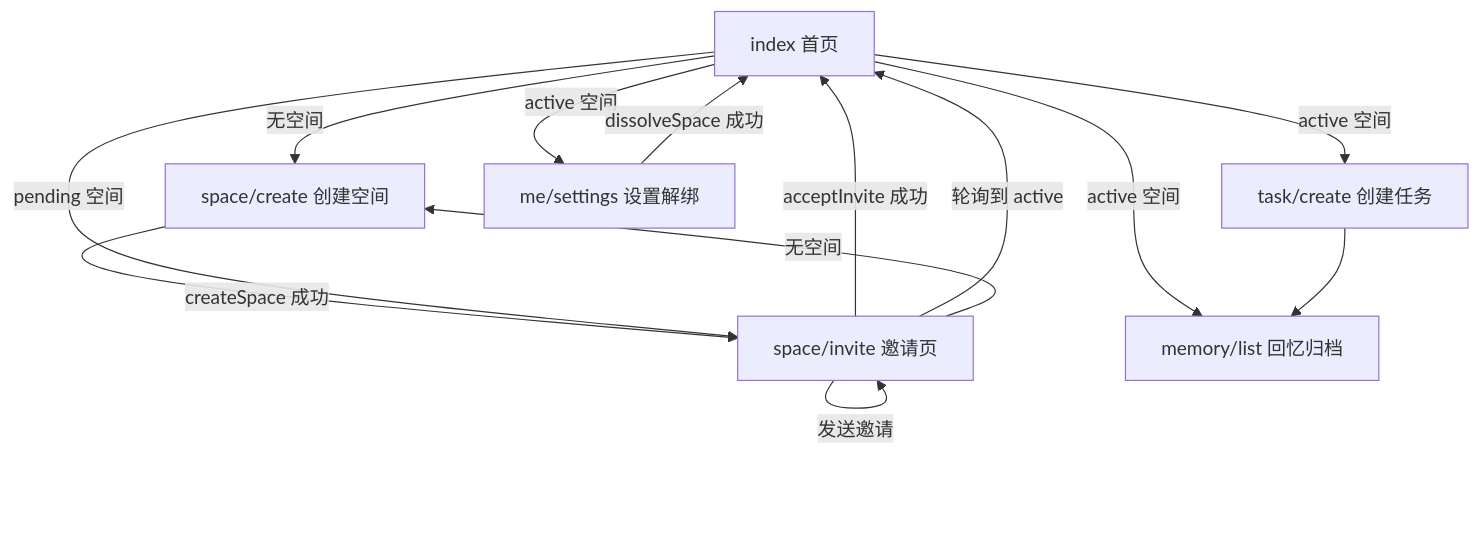
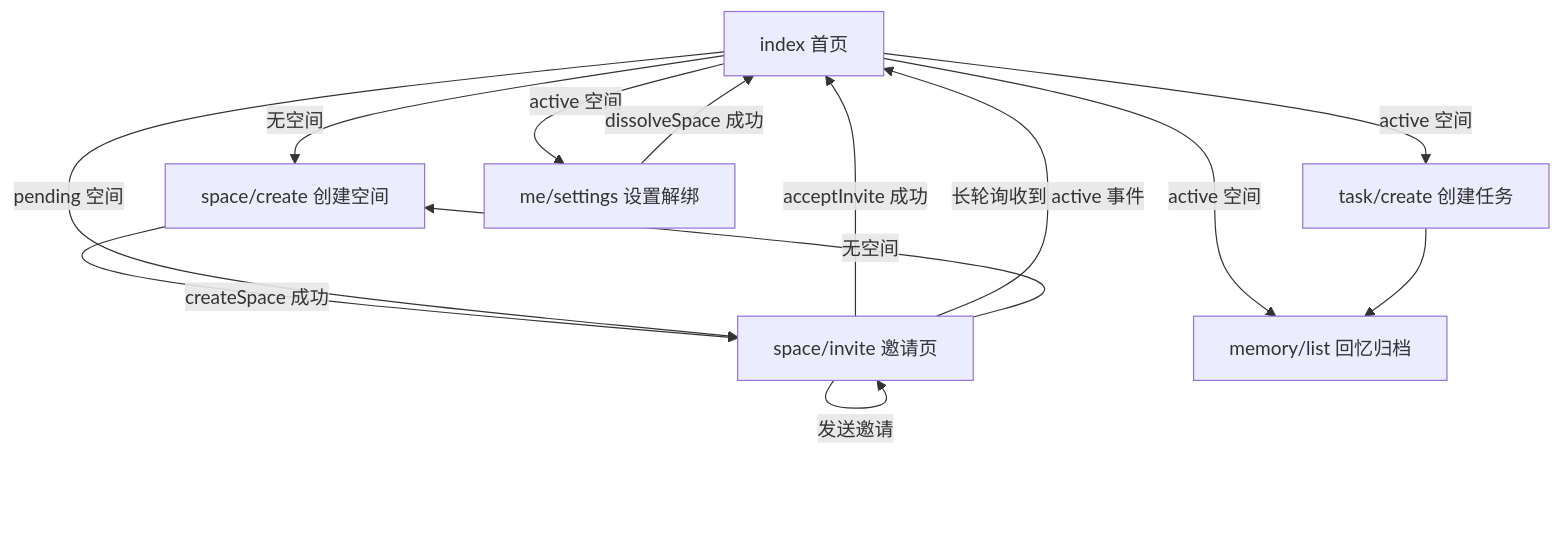
Before and after one commit to yuicer/mystwood: the diagram in README.md, drawn with Mermaid. The commit also changed other lines of this file and 10 other files, not shown here.

````diff
--- a/README.md
+++ b/README.md
@@ -75,22 +79,22 @@
 ```mermaid
 flowchart TD
   Index["index 首页"]
   CreateSpace["space/create 创建空间"]
   Invite["space/invite 邀请页"]
   CreateTask["task/create 创建任务"]
   Memory["memory/list 回忆归档"]
   Settings["me/settings 设置解绑"]
 
   Index -->|无空间| CreateSpace
   CreateSpace -->|createSpace 成功| Invite
   Index -->|pending 空间| Invite
   Invite -->|发送邀请| Invite
   Invite -->|acceptInvite 成功| Index
-  Invite -->|轮询到 active| Index
+  Invite -->|长轮询收到 active 事件| Index
   Invite -->|无空间| CreateSpace
   Index -->|active 空间| CreateTask
   Index -->|active 空间| Memory
   Index -->|active 空间| Settings
   CreateTask --> Memory
   Settings -->|dissolveSpace 成功| Index
 ```
````
